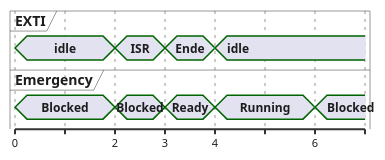
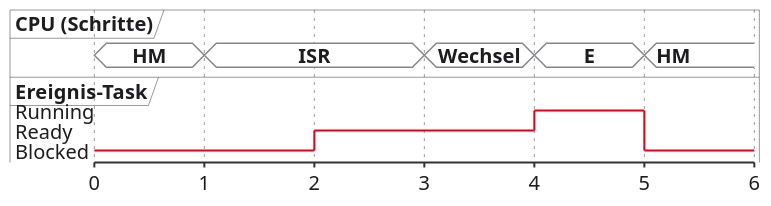
Before and after one commit to dantschi/echtzeitsysteme: the eighth of 8 diagrams in vorlesungen/03_einfuehrung-rtos.qmd, drawn with PlantUML. The commit also changed other lines of this file and 4 other files, not shown here.

````diff
--- a/vorlesungen/03_einfuehrung-rtos.qmd
+++ b/vorlesungen/03_einfuehrung-rtos.qmd
@@ -1017,30 +930,50 @@
 ```{.plantuml}
 @startuml
 skinparam backgroundColor transparent
 skinparam defaultFontName "Inter, sans-serif"
 skinparam defaultFontColor #1D1D1F
 skinparam ArrowColor #86868B
+skinparam NoteBackgroundColor #F5F5F7
+skinparam NoteBorderColor #E5E5EA
+skinparam defaultFontSize 20
+<style>
+timingDiagram {
+  FontName SansSerif
+  robust {
+    LineColor #E2001A
+    BackgroundColor #FFFFFF
+    FontColor #1D1D1F
+  }
+  concise {
+    LineColor #86868B
+    BackgroundColor #FFFFFF
+    FontColor #1D1D1F
+  }
+}
+</style>
 skinparam timing {
   BackgroundColor #FFFFFF
   BorderColor #E5E5EA
   LineColor #1D1D1F
   SignalColor #E2001A
 }
-concise "EXTI" as E
-concise "Emergency" as T
+scale 1 as 110 pixels
+concise "CPU (Schritte)" as C
+robust "Ereignis-Task" as E
 @0
-E is idle
-T is Blocked
+C is HM
+E is Blocked
+@1
+C is ISR
 @2
-E is ISR
-T is Blocked
+E is Ready
 @3
-E is Ende
-T is Ready
+C is Wechsel
 @4
-E is idle
-T is Running
-@6
-T is Blocked
+E is Running
+C is E
+@5
+E is Blocked
+C is HM
 @enduml
 ```
````
